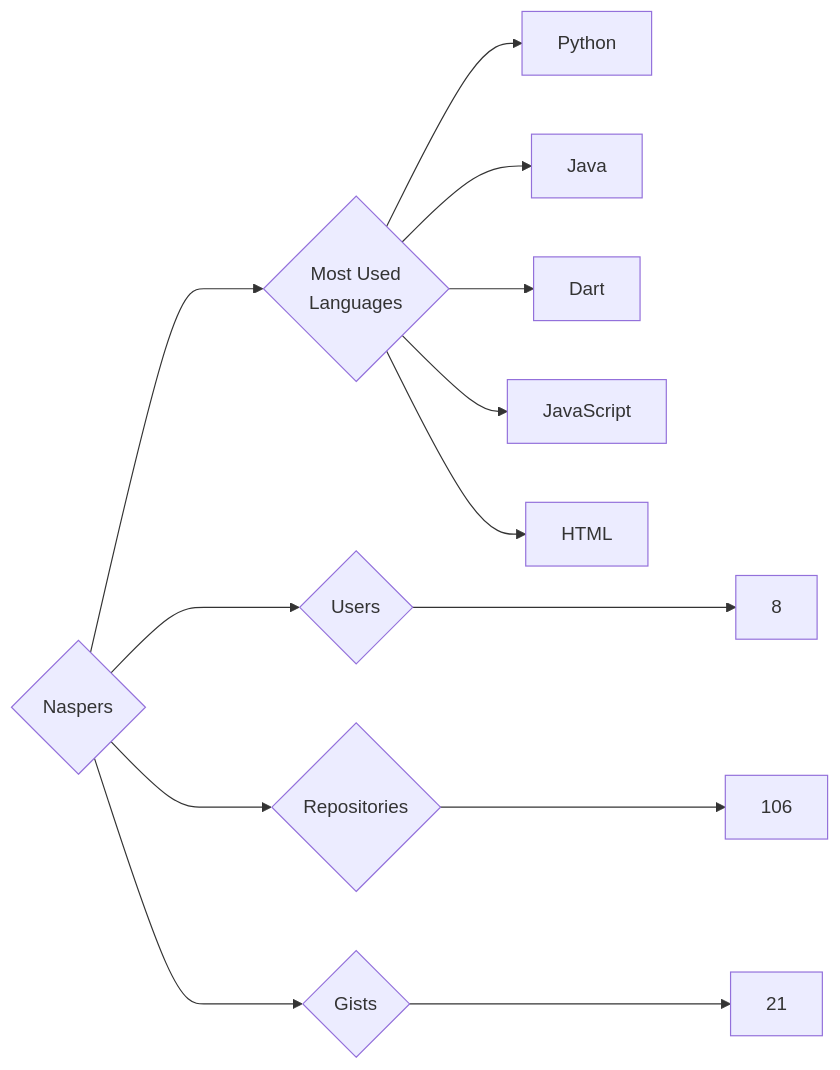
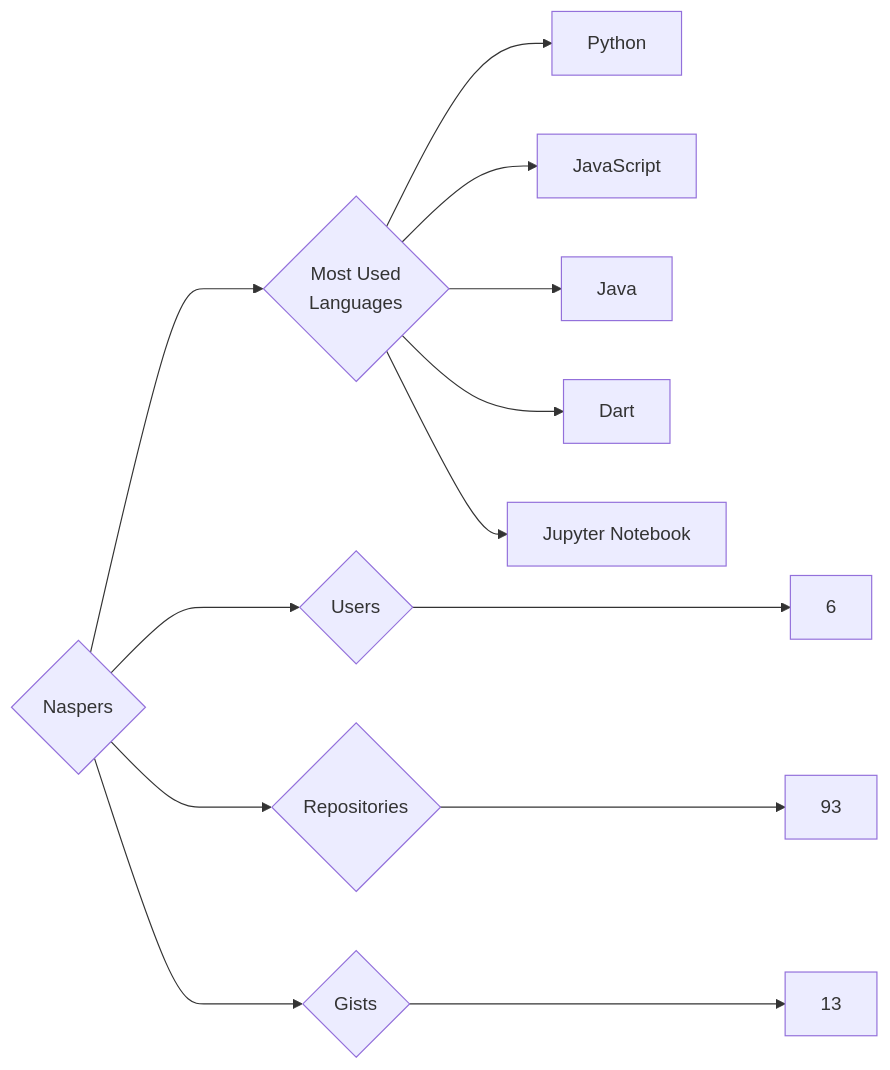
Before and after one commit to trickest/insiders: the diagram in targets/Naspers/README.md, drawn with Mermaid. The commit also changed 1484 other files, not shown here.

````diff
--- a/targets/Naspers/README.md
+++ b/targets/Naspers/README.md
@@ -3,13 +3,13 @@
 ```mermaid
 graph LR
 COMPANY_NAME{Naspers}
-COMPANY_NAME ---> U{Users} ---> UN[8]
-COMPANY_NAME ---> R{Repositories} ---> RN[106]
-COMPANY_NAME ---> G{Gists} ---> GN[21]
+COMPANY_NAME ---> U{Users} ---> UN[6]
+COMPANY_NAME ---> R{Repositories} ---> RN[93]
+COMPANY_NAME ---> G{Gists} ---> GN[13]
 COMPANY_NAME ---> ML{Most Used<br>Languages}
 ML --> Python[Python]
+ML --> JavaScript[JavaScript]
 ML --> Java[Java]
 ML --> Dart[Dart]
-ML --> JavaScript[JavaScript]
-ML --> HTML[HTML]
+ML --> Jupyter_Notebook[Jupyter Notebook]
 ```
````
